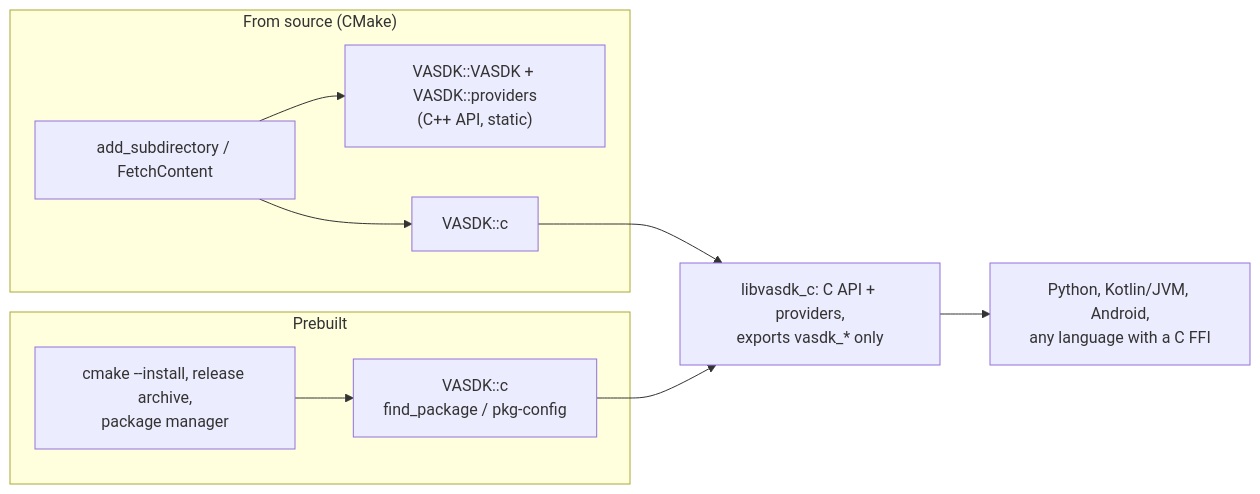
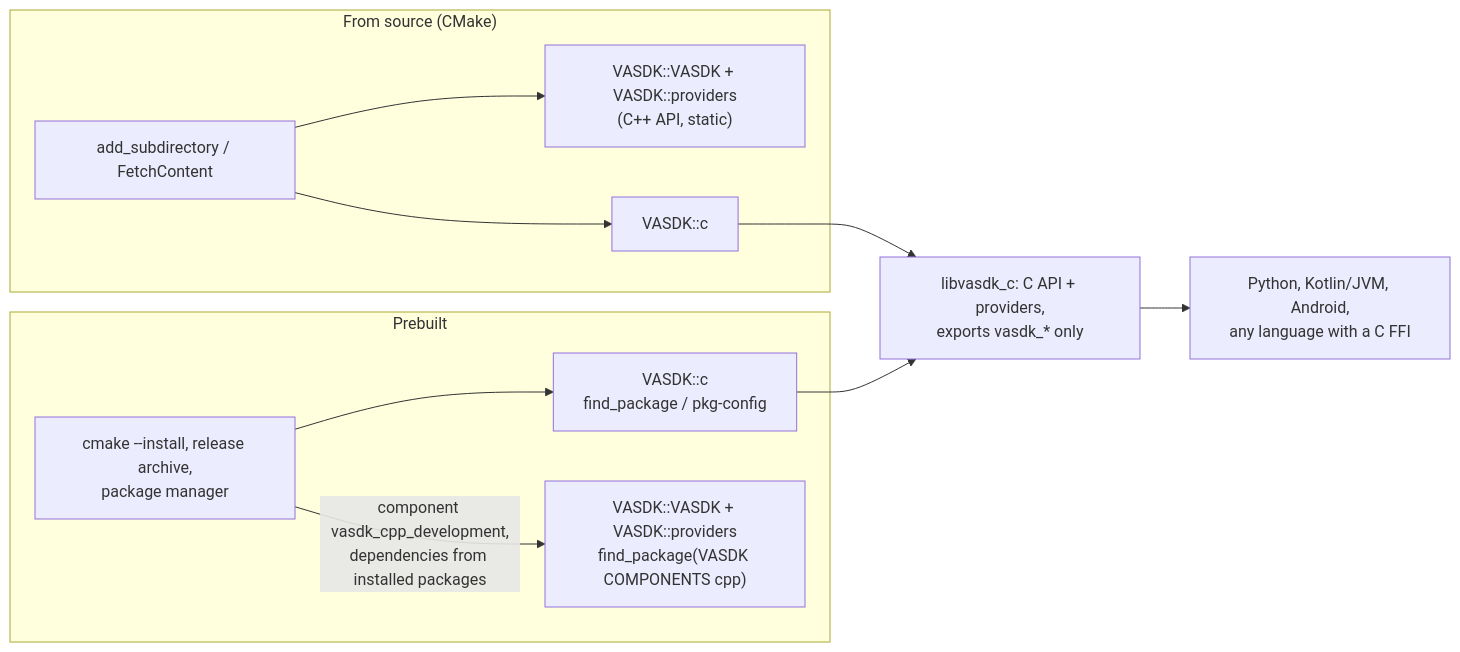
Before and after one commit to fatehmtd/VASDK: the diagram in docs/integrating.md, drawn with Mermaid. The commit also changed other lines of this file and 13 other files, not shown here.

First line of the commit message:
feat: find_package(VASDK COMPONENTS cpp), the C++ libraries from an install

````diff
--- a/docs/integrating.md
+++ b/docs/integrating.md
@@ -16,12 +19,13 @@
 ```mermaid
 flowchart LR
     subgraph source["From source (CMake)"]
         A["add_subdirectory / FetchContent"] --> CPP["VASDK::VASDK + VASDK::providers<br/>(C++ API, static)"]
         A --> C1["VASDK::c"]
     end
     subgraph binary["Prebuilt"]
         P["cmake --install, release archive,<br/>package manager"] --> C2["VASDK::c<br/>find_package / pkg-config"]
+        P -- "component vasdk_cpp_development,<br/>dependencies from installed packages" --> CPP2["VASDK::VASDK + VASDK::providers<br/>find_package(VASDK COMPONENTS cpp)"]
     end
     C1 & C2 --> L["libvasdk_c: C API + providers,<br/>exports vasdk_* only"]
     L --> B["Python, Kotlin/JVM, Android,<br/>any language with a C FFI"]
 ```
````
